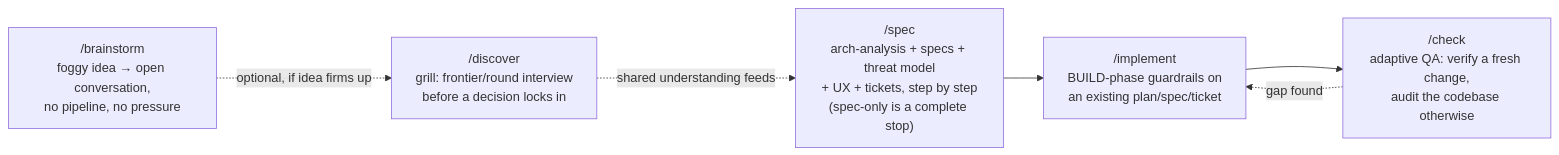
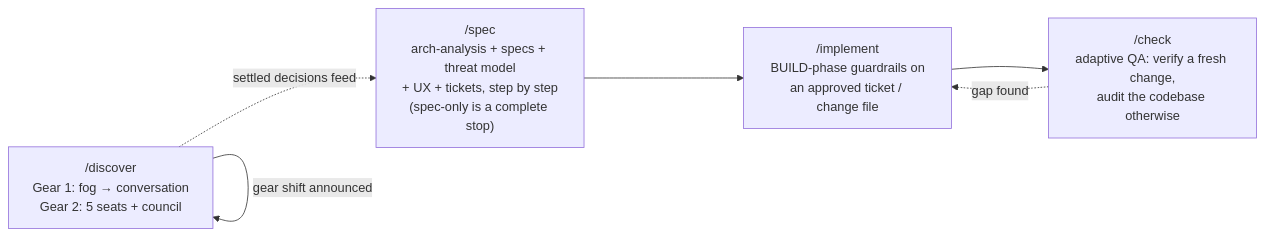
The eighth of 14 diagrams in docs/ARCHITECTURE.md (fprtm/sdd-pipeline), drawn with Mermaid before and after one commit. The commit also changed other lines of this file and 25 other files, not shown here.

````diff
--- a/docs/ARCHITECTURE.md
+++ b/docs/ARCHITECTURE.md
@@ -376,14 +378,13 @@
 ```mermaid
 flowchart LR
-    BS["/brainstorm\nfoggy idea → open conversation,\nno pipeline, no pressure"]
-    DISC["/discover\ngrill: frontier/round interview\nbefore a decision locks in"]
+    DISC["/discover\nGear 1: fog → conversation\nGear 2: 5 seats + council"]
     SPEC["/spec\narch-analysis + specs + threat model\n+ UX + tickets, step by step\n(spec-only is a complete stop)"]
-    IMPL["/implement\nBUILD-phase guardrails on\nan existing plan/spec/ticket"]
+    IMPL["/implement\nBUILD-phase guardrails on\nan approved ticket / change file"]
     CHECK["/check\nadaptive QA: verify a fresh change,\naudit the codebase otherwise"]
 
-    BS -.optional, if idea firms up.-> DISC
-    DISC -.shared understanding feeds.-> SPEC
+    DISC -.settled decisions feed.-> SPEC
     SPEC --> IMPL
     IMPL --> CHECK
     CHECK -.gap found.-> IMPL
+    DISC -->|"gear shift announced"| DISC
 ```
````
